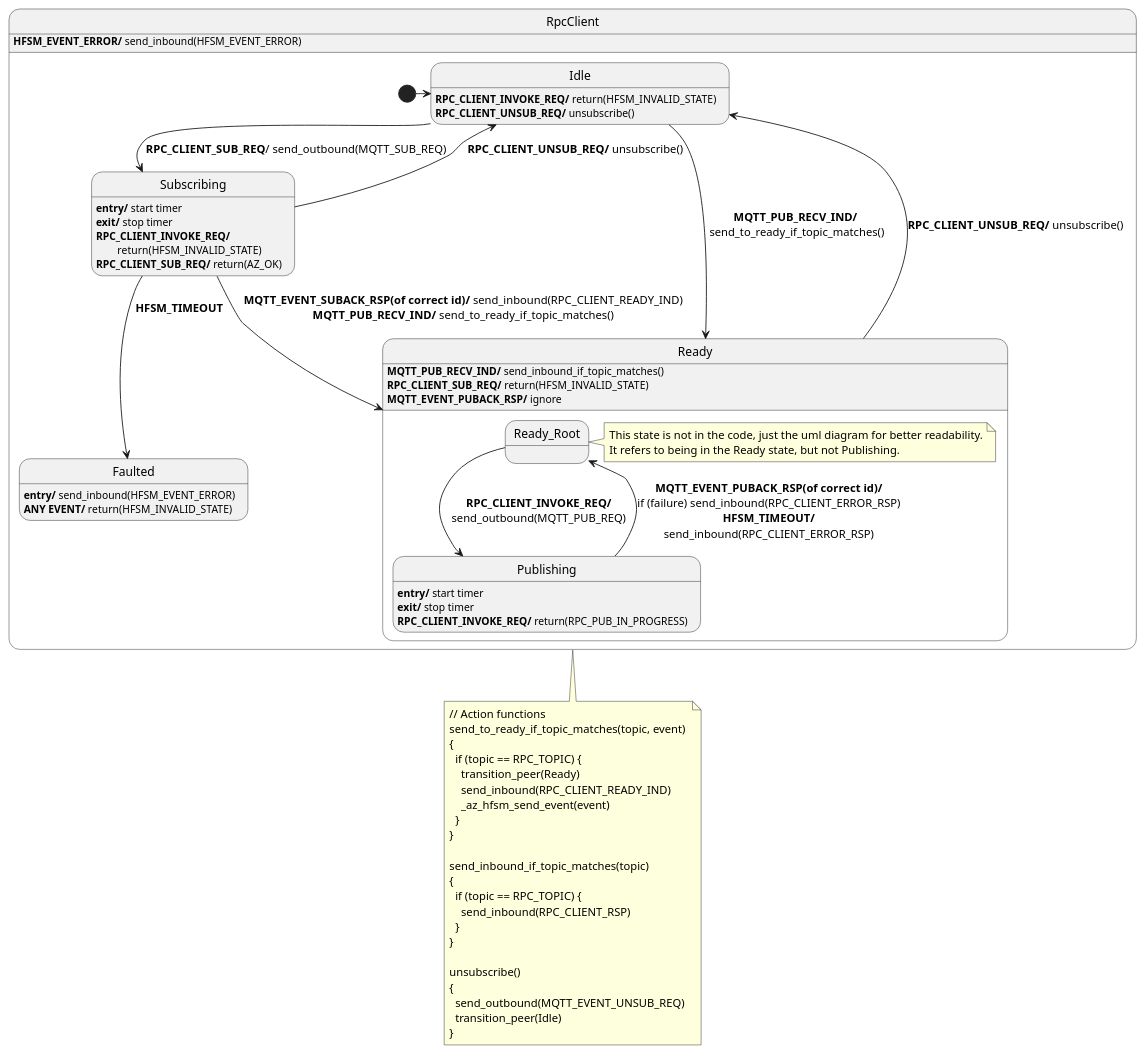
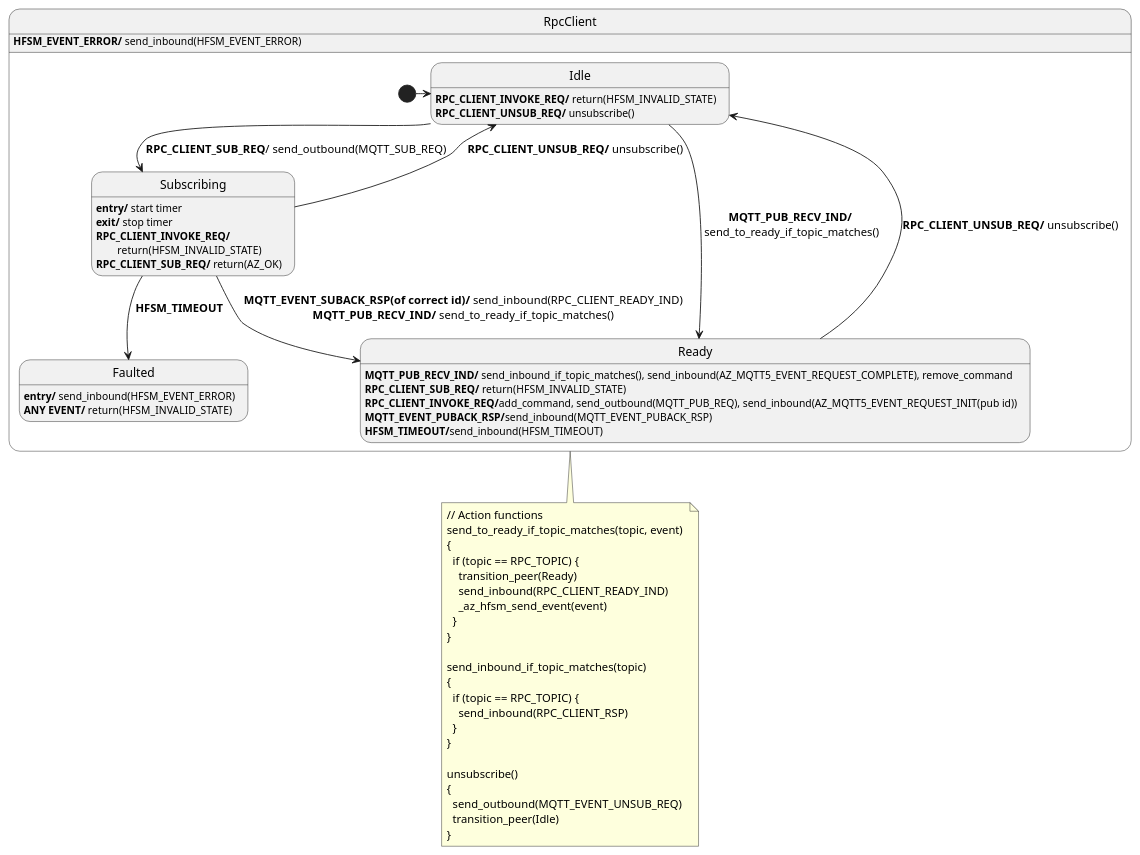
One commit to Azure/azure-sdk-for-c changed the diagram in sdk/docs/core/resources/mqtt_rpc_client.puml. Above: the diagram before and after it, drawn with PlantUML. The commit also changed 1 other file, not shown here.

Commit message:
update puml diagrams

```diff
--- a/sdk/docs/core/resources/mqtt_rpc_client.puml
+++ b/sdk/docs/core/resources/mqtt_rpc_client.puml
@@ -1,76 +1,63 @@
 @startuml
 ' ignore these as handled outside of this diagram: MQTT_EVENT_CONNECT_REQ, MQTT_EVENT_CONNECT_RSP, MQTT_EVENT_DISCONNECT_REQ, MQTT_EVENT_DISCONNECT_RSP
 ' Assumptions:
 ' 0. Unknown events are forwarded (in their original direction, either inbound or outbound).
 ' 1. If RPC_CLIENT_READY_IND hasn't already been sent, RPC_CLIENT_SUB_REQ is guaranteed to respond with either RPC_CLIENT_READY_IND, or HFSM_EVENT_ERROR if the subscribe request timed out.
 ' 2. RPC_CLIENT_READY_IND will not be sent more than once unless the client unsubscribes or gets unsubscribed.
 ' 3. send_inbound, send_outbound are used to send information to the app and network respectively.
 
 state RpcClient {
   state Idle
   Idle : <b>RPC_CLIENT_INVOKE_REQ/</b> return(HFSM_INVALID_STATE)
   Idle : <b>RPC_CLIENT_UNSUB_REQ/</b> unsubscribe()
 
   state Faulted
   Faulted : <b>entry/</b> send_inbound(HFSM_EVENT_ERROR)
   Faulted : <b>ANY EVENT/</b> return(HFSM_INVALID_STATE)
     
   state Subscribing
   Subscribing : <b>entry/</b> start timer
   Subscribing : <b>exit/</b> stop timer
   Subscribing : <b>RPC_CLIENT_INVOKE_REQ/</b>\n\treturn(HFSM_INVALID_STATE)
   Subscribing : <b>RPC_CLIENT_SUB_REQ/</b> return(AZ_OK) 
-  
-  state Ready {
-    state Ready_Root
-    note right of Ready_Root
-      This state is not in the code, just the uml diagram for better readability.
-      It refers to being in the Ready state, but not Publishing.
-    end note
-    state Publishing
-    Publishing : <b>entry/</b> start timer
-    Publishing : <b>exit/</b> stop timer
-    Publishing : <b>RPC_CLIENT_INVOKE_REQ/</b> return(RPC_PUB_IN_PROGRESS)
-
-    Ready_Root -> Publishing : <b>RPC_CLIENT_INVOKE_REQ/</b>\nsend_outbound(MQTT_PUB_REQ)
-    Publishing --> Ready_Root : <b>MQTT_EVENT_PUBACK_RSP(of correct id)/</b>\nif (failure) send_inbound(RPC_CLIENT_ERROR_RSP)\n<b>HFSM_TIMEOUT/</b>\nsend_inbound(RPC_CLIENT_ERROR_RSP)
-  }
-  Ready : <b>MQTT_PUB_RECV_IND/</b> send_inbound_if_topic_matches()
-  Ready : <b>RPC_CLIENT_SUB_REQ/</b> return(HFSM_INVALID_STATE)
-  Ready : <b>MQTT_EVENT_PUBACK_RSP/</b> ignore
 
   [*] -> Idle
   Idle --> Subscribing : <b>RPC_CLIENT_SUB_REQ</b>/ send_outbound(MQTT_SUB_REQ)
   Idle --> Ready : <b>MQTT_PUB_RECV_IND/</b>\n send_to_ready_if_topic_matches()
   Subscribing --> Faulted : <b>HFSM_TIMEOUT</b>
   Subscribing --> Ready : <b>MQTT_EVENT_SUBACK_RSP(of correct id)/</b> send_inbound(RPC_CLIENT_READY_IND)\n<b>MQTT_PUB_RECV_IND/</b> send_to_ready_if_topic_matches()
   Ready --> Idle : <b>RPC_CLIENT_UNSUB_REQ/</b> unsubscribe()
   Subscribing --> Idle : <b>RPC_CLIENT_UNSUB_REQ/</b> unsubscribe()
 
+  Ready : <b>MQTT_PUB_RECV_IND/</b> send_inbound_if_topic_matches(), send_inbound(AZ_MQTT5_EVENT_REQUEST_COMPLETE), remove_command
+  Ready : <b>RPC_CLIENT_SUB_REQ/</b> return(HFSM_INVALID_STATE)
+  Ready : <b>RPC_CLIENT_INVOKE_REQ/</b>add_command, send_outbound(MQTT_PUB_REQ), send_inbound(AZ_MQTT5_EVENT_REQUEST_INIT(pub id))
+  Ready : <b>MQTT_EVENT_PUBACK_RSP/</b>send_inbound(MQTT_EVENT_PUBACK_RSP)
+  Ready : <b>HFSM_TIMEOUT/</b>send_inbound(HFSM_TIMEOUT)
 }
 RpcClient : <b>HFSM_EVENT_ERROR/</b> send_inbound(HFSM_EVENT_ERROR)
 note bottom of RpcClient
   // Action functions
   send_to_ready_if_topic_matches(topic, event) 
   {
     if (topic == RPC_TOPIC) {
       transition_peer(Ready)
       send_inbound(RPC_CLIENT_READY_IND)
       _az_hfsm_send_event(event)
     }
   }
 
   send_inbound_if_topic_matches(topic) 
   {
     if (topic == RPC_TOPIC) {
       send_inbound(RPC_CLIENT_RSP)
     }
   }
 
   unsubscribe() 
   {
     send_outbound(MQTT_EVENT_UNSUB_REQ)
     transition_peer(Idle)
   }
 end note
 @enduml
```
